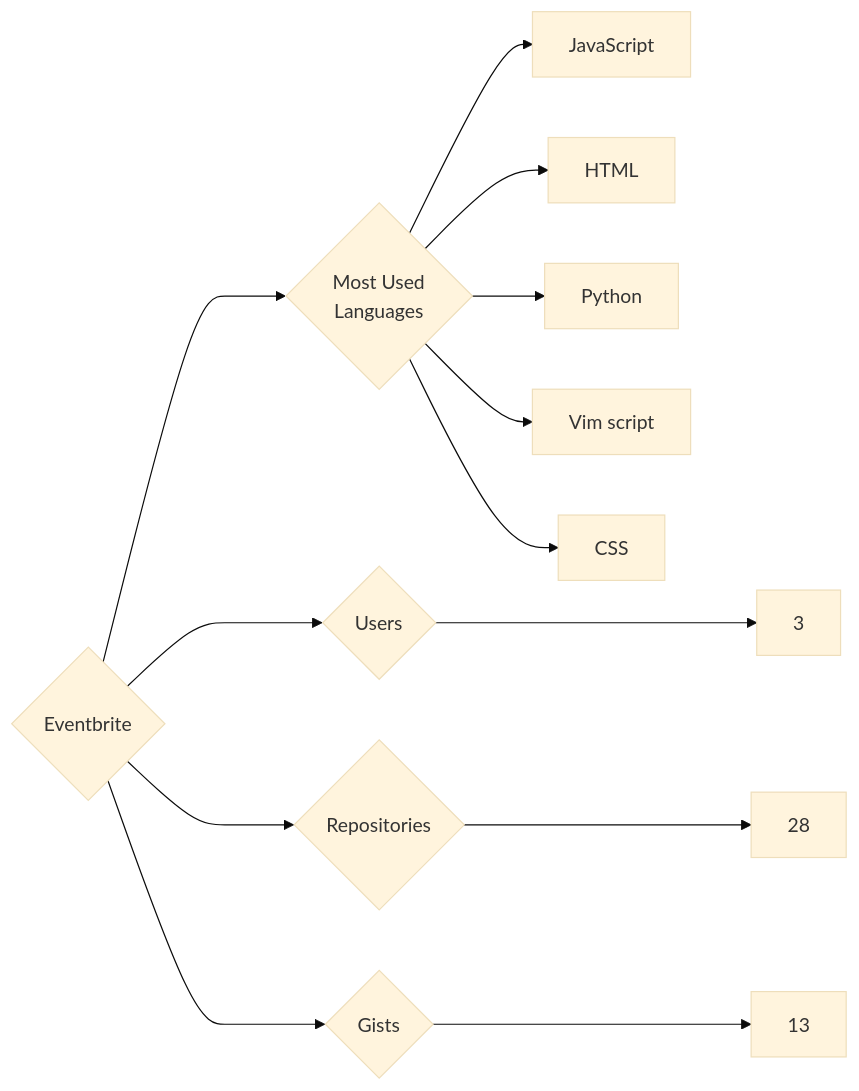
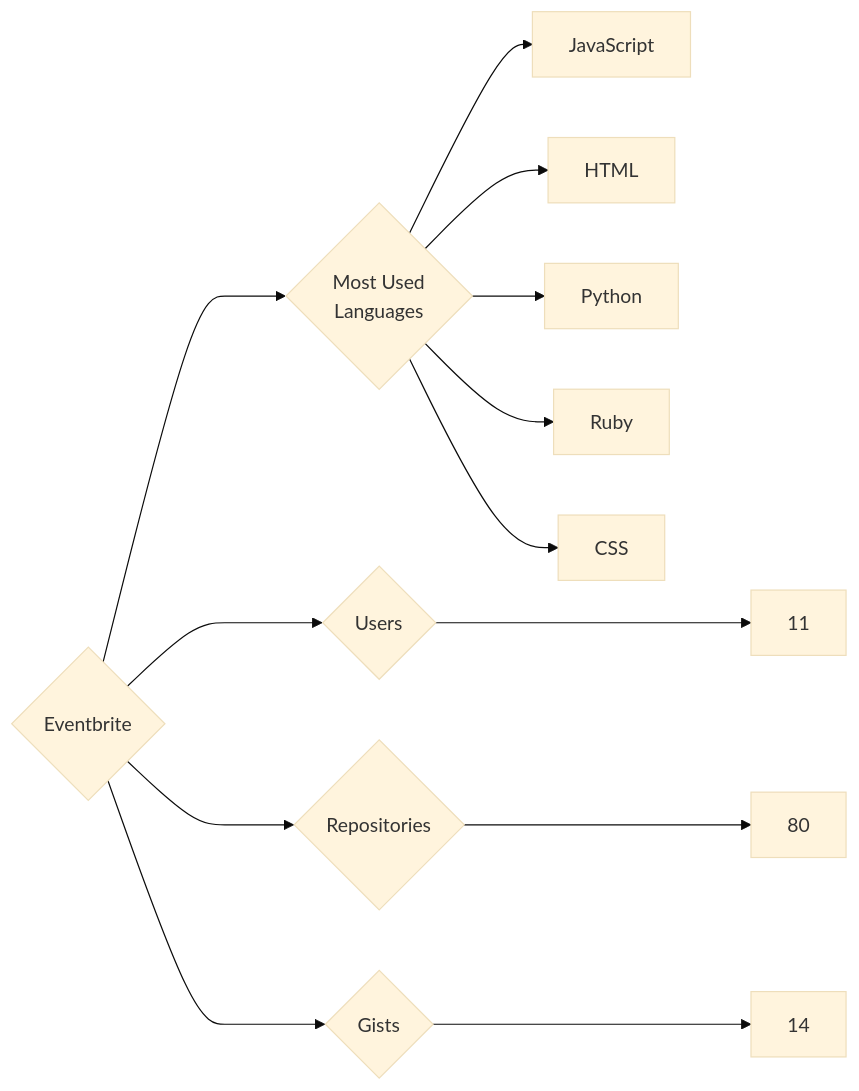
The diagram in targets/Eventbrite/README.md (trickest/insiders), drawn with Mermaid (base theme) before and after one commit. The commit also changed 845 other files, not shown here.

````diff
--- a/targets/Eventbrite/README.md
+++ b/targets/Eventbrite/README.md
@@ -3,13 +3,13 @@
 ```mermaid
 graph LR
 COMPANY_NAME{Eventbrite}
-COMPANY_NAME ---> U{Users} ---> UN[3]
-COMPANY_NAME ---> R{Repositories} ---> RN[28]
-COMPANY_NAME ---> G{Gists} ---> GN[13]
+COMPANY_NAME ---> U{Users} ---> UN[11]
+COMPANY_NAME ---> R{Repositories} ---> RN[80]
+COMPANY_NAME ---> G{Gists} ---> GN[14]
 COMPANY_NAME ---> ML{Most Used<br>Languages}
 ML --> JavaScript[JavaScript]
 ML --> HTML[HTML]
 ML --> Python[Python]
-ML --> Vim_script[Vim script]
+ML --> Ruby[Ruby]
 ML --> CSS[CSS]
 ```
````
